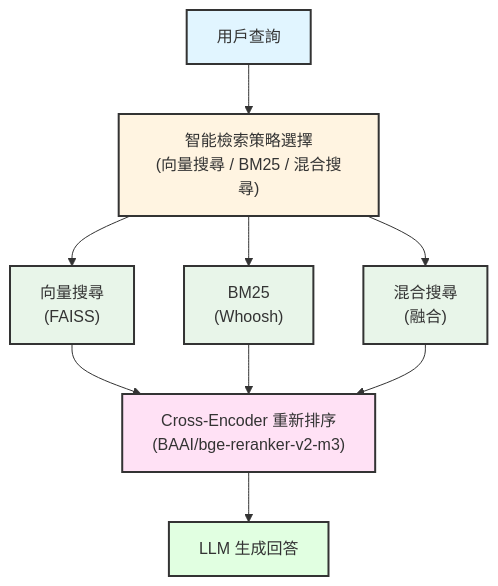
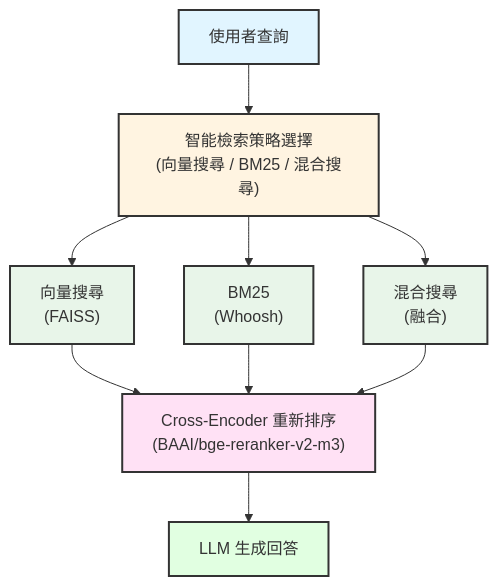
The diagram in README.md (Scorpio-meow/AI-CB), drawn with Mermaid before and after one commit. The commit also changed other lines of this file, not shown here.

````diff
--- a/README.md
+++ b/README.md
@@ -114,19 +114,19 @@
 ```mermaid
 flowchart TD
-    A["用戶查詢"] --> B["智能檢索策略選擇<br/>(向量搜尋 / BM25 / 混合搜尋)"]
+    A["使用者查詢"] --> B["智能檢索策略選擇<br/>(向量搜尋 / BM25 / 混合搜尋)"]
     B --> C["向量搜尋<br/>(FAISS)"]
     B --> D["BM25<br/>(Whoosh)"]
     B --> E["混合搜尋<br/>(融合)"]
     C --> F["Cross-Encoder 重新排序<br/>(BAAI/bge-reranker-v2-m3)"]
     D --> F
     E --> F
     F --> G["LLM 生成回答"]
     
     style A fill:#e1f5ff,stroke:#333,stroke-width:2px
     style B fill:#fff4e1,stroke:#333,stroke-width:2px
     style C fill:#e8f5e9,stroke:#333,stroke-width:2px
     style D fill:#e8f5e9,stroke:#333,stroke-width:2px
     style E fill:#e8f5e9,stroke:#333,stroke-width:2px
     style F fill:#ffe1f5,stroke:#333,stroke-width:2px
     style G fill:#e1ffe1,stroke:#333,stroke-width:2px
 ```
````
